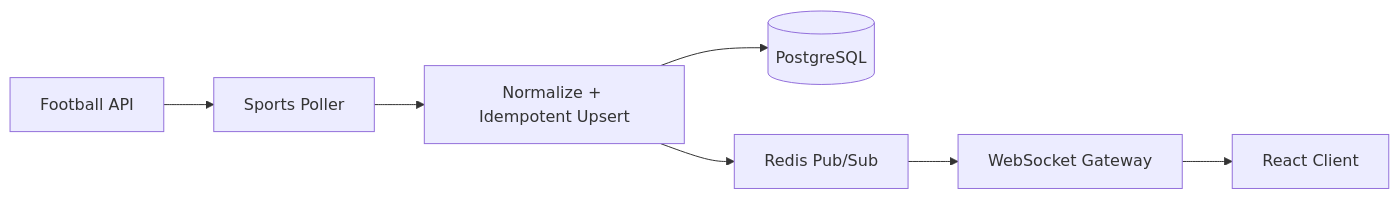
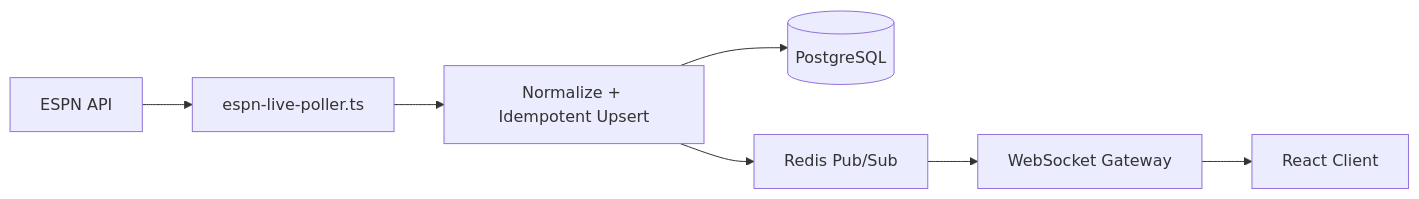
Before and after one commit to 02clarakim/matchthread: the second of 5 diagrams in README.md, drawn with Mermaid. The commit also changed other lines of this file and 19 other files, not shown here.

````diff
--- a/README.md
+++ b/README.md
@@ -103,9 +99,9 @@
 ```mermaid
 flowchart LR
-    A[Football API] --> B[Sports Poller]
+    A[ESPN API] --> B[espn-live-poller.ts]
     B --> C[Normalize + Idempotent Upsert]
     C --> D[(PostgreSQL)]
     C --> E[Redis Pub/Sub]
     E --> F[WebSocket Gateway]
     F --> G[React Client]
 ```
````
